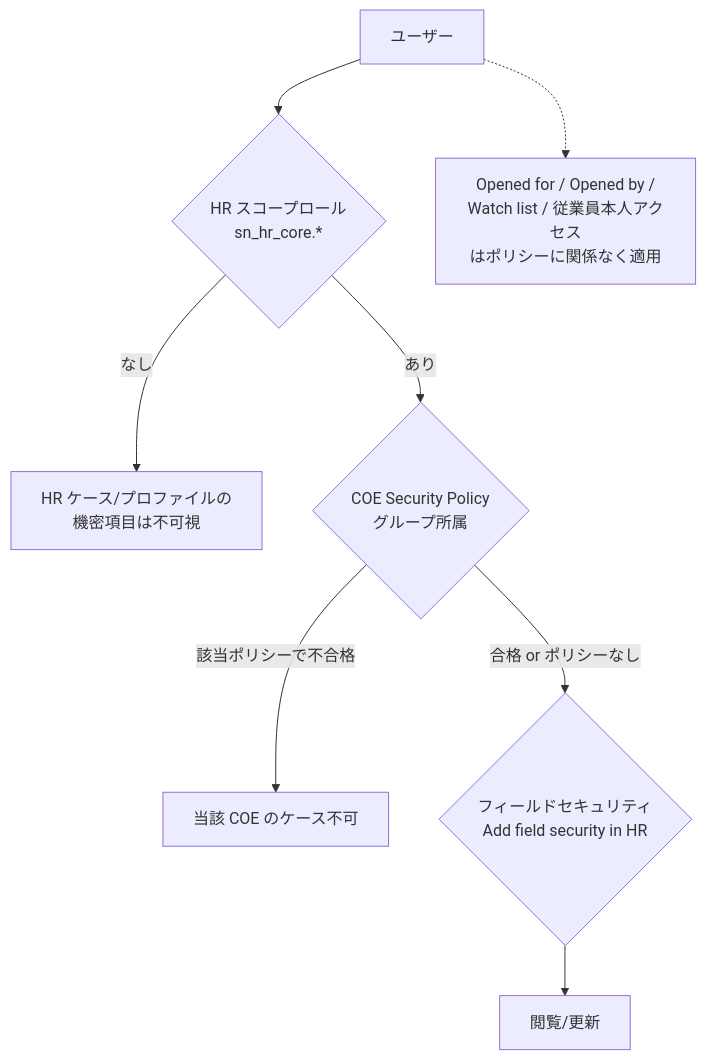
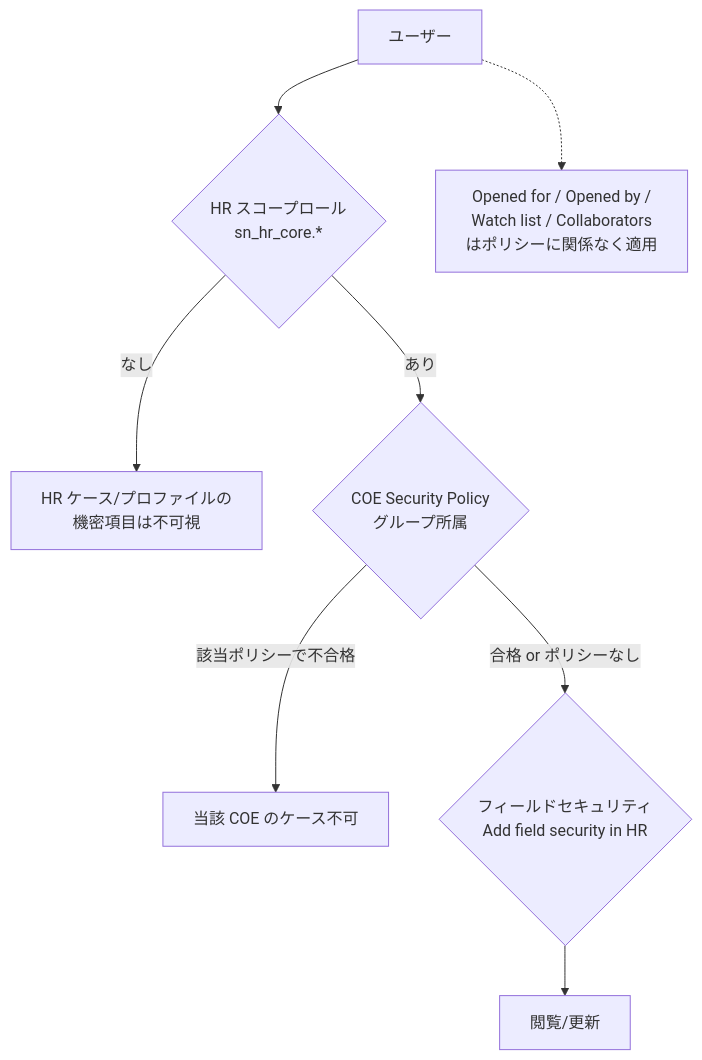
One commit to hidefumiagata/platform-doc changed the fourth of 4 diagrams in ServiceNow/02_リファレンス/employee/hr-service-delivery.md. Above: the diagram before and after it, drawn with Mermaid. The commit also changed other lines of this file and 346 other files, not shown here.

````diff
--- a/ServiceNow/02_リファレンス/employee/hr-service-delivery.md
+++ b/ServiceNow/02_リファレンス/employee/hr-service-delivery.md
@@ -726,10 +731,10 @@
 ```mermaid
 flowchart TD
   U[ユーザー] --> R{HR スコープロール<br/>sn_hr_core.*}
   R -->|なし| X[HR ケース/プロファイルの<br/>機密項目は不可視]
   R -->|あり| C{COE Security Policy<br/>グループ所属}
   C -->|該当ポリシーで不合格| X2[当該 COE のケース不可]
   C -->|合格 or ポリシーなし| F{フィールドセキュリティ<br/>Add field security in HR}
   F --> OK[閲覧/更新]
-  U -.-> O[Opened for / Opened by /<br/>Watch list / 従業員本人アクセス<br/>はポリシーに関係なく適用]
+  U -.-> O[Opened for / Opened by /<br/>Watch list / Collaborators<br/>はポリシーに関係なく適用]
 ```
````
